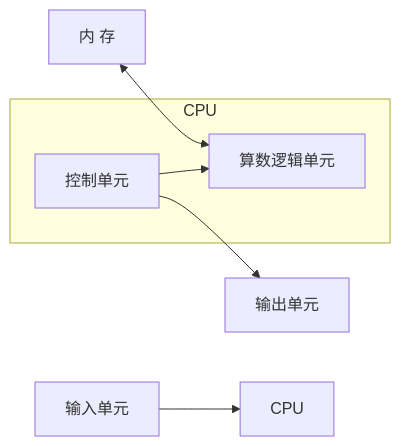
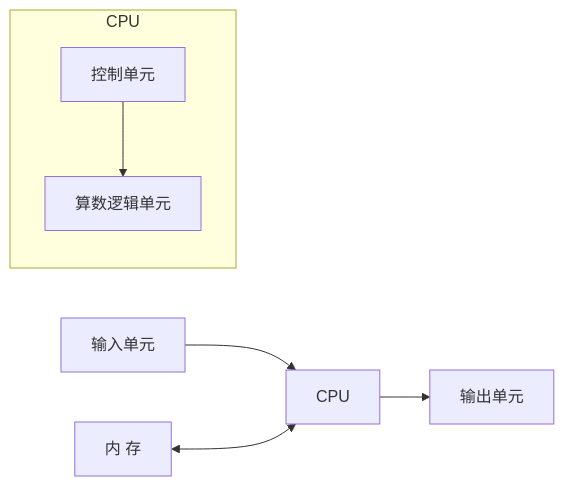
The diagram in 未命名.md (thoohv5/note), drawn with Mermaid before and after one commit. The commit also changed 78 other files, not shown here.

````diff
--- a/未命名.md
+++ b/未命名.md
@@ -10,17 +10,17 @@
 ```mermaid
 graph LR
 
 输入单元[输入单元]
 输出单元[输出单元] 
 内存[内 存] 
 
 subgraph CPU 
-控制单元[控制单元]:::core 
-ALU[算数逻辑单元]:::core 
+控制单元[控制单元]
+ALU[算数逻辑单元] 
 end 
 
 输入单元 --> CPU 
 控制单元 --> ALU 
-内存 <--> ALU 
-控制单元 --> 输出单元
+内存 <--> CPU 
+CPU --> 输出单元
 ```
````
